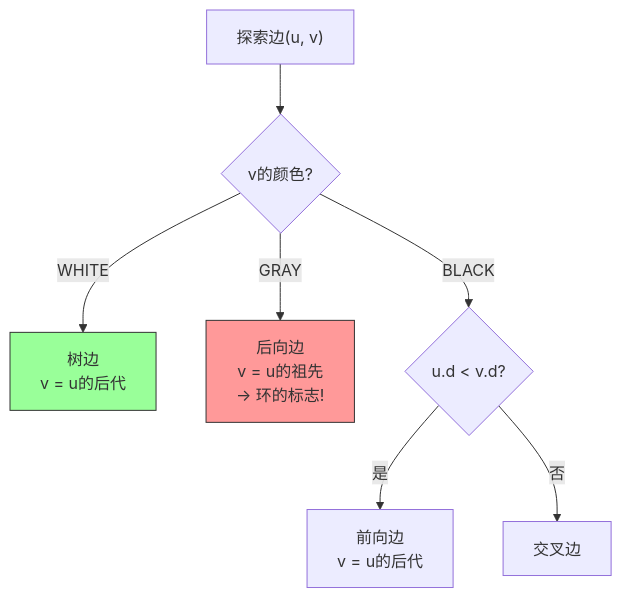
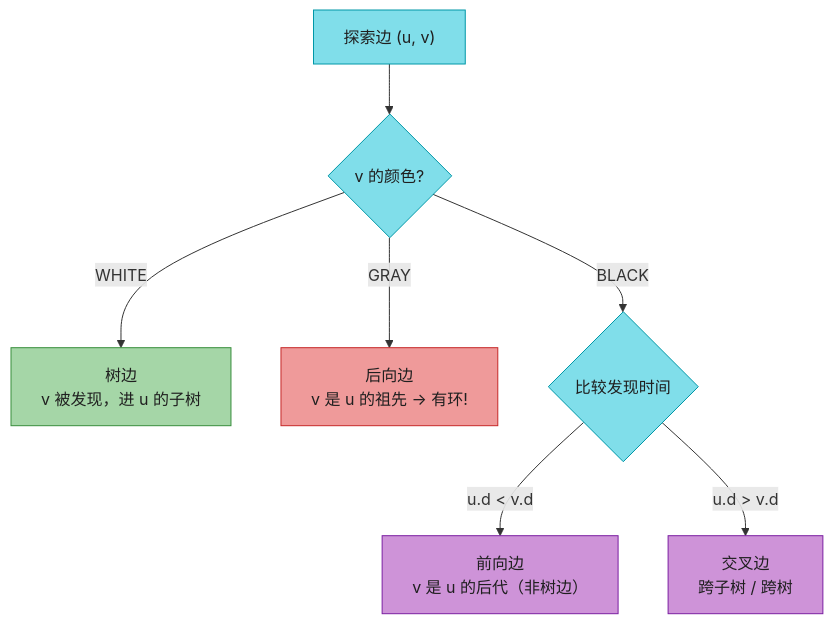
The fifth of 10 diagrams in IntroductionToAlgorithms/Chapter20_基本图算法_深度版.md (socoo123/book_reading), drawn with Mermaid before and after one commit. The commit also changed other lines of this file and 30 other files, not shown here.

````diff
--- a/IntroductionToAlgorithms/Chapter20_基本图算法_深度版.md
+++ b/IntroductionToAlgorithms/Chapter20_基本图算法_深度版.md
@@ -825,12 +290,18 @@
 ```mermaid
 flowchart TD
-    A["探索边(u, v)"] --> B{"v的颜色?"}
-    B -->|WHITE| C["树边<br/>v = u的后代"]
-    B -->|GRAY| D["后向边<br/>v = u的祖先<br/>→ 环的标志!"]
-    B -->|BLACK| E{"u.d < v.d?"}
-    E -->|是| F["前向边<br/>v = u的后代"]
-    E -->|否| G["交叉边"]
+    A["探索边 (u, v)"] --> B{"v 的颜色?"}
+    B -->|"WHITE"| C["树边<br/>v 被发现，进 u 的子树"]
+    B -->|"GRAY"| D["后向边<br/>v 是 u 的祖先 → 有环!"]
+    B -->|"BLACK"| E{"比较发现时间"}
+    E -->|"u.d < v.d"| F["前向边<br/>v 是 u 的后代（非树边）"]
+    E -->|"u.d > v.d"| G["交叉边<br/>跨子树 / 跨树"]
 
-    style D fill:#f99,stroke:#333
-    style C fill:#9f9,stroke:#333
+    classDef process fill:#80DEEA,stroke:#0097A7,color:#1f1f1f
+    classDef good fill:#A5D6A7,stroke:#388E3C,color:#1f1f1f
+    classDef bad fill:#EF9A9A,stroke:#C62828,color:#1f1f1f
+    classDef key fill:#CE93D8,stroke:#7B1FA2,color:#1f1f1f
+    class A,B,E process
+    class C good
+    class D bad
+    class F,G key
 ```
````
